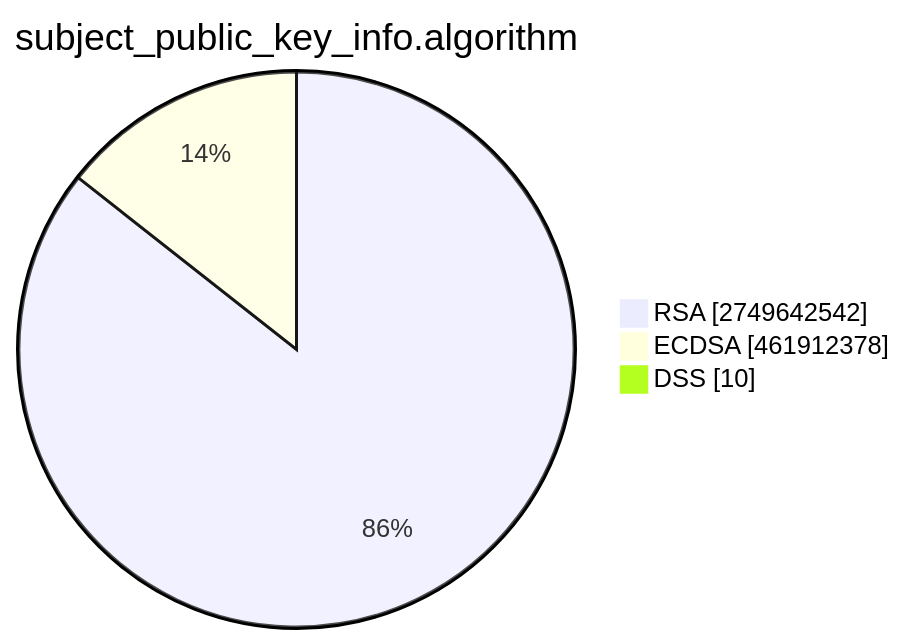
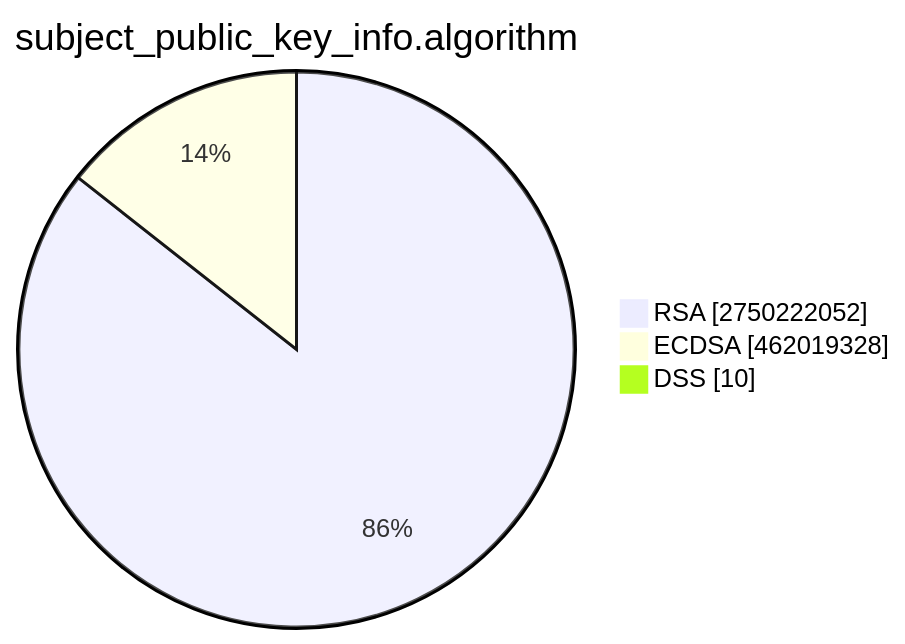
Before and after one commit to christiankrug/ctmonitor_visualization: the second of 15 diagrams in TOTAL/README.md, drawn with Mermaid. The commit also changed other lines of this file, not shown here.

````diff
--- a/TOTAL/README.md
+++ b/TOTAL/README.md
@@ -6,7 +6,7 @@
 ```mermaid
 pie showData
 title subject_public_key_info.algorithm
-"RSA" :2749642542
-"ECDSA" :461912378
+"RSA" :2750222052
+"ECDSA" :462019328
 "DSS" :10
 ```
````
